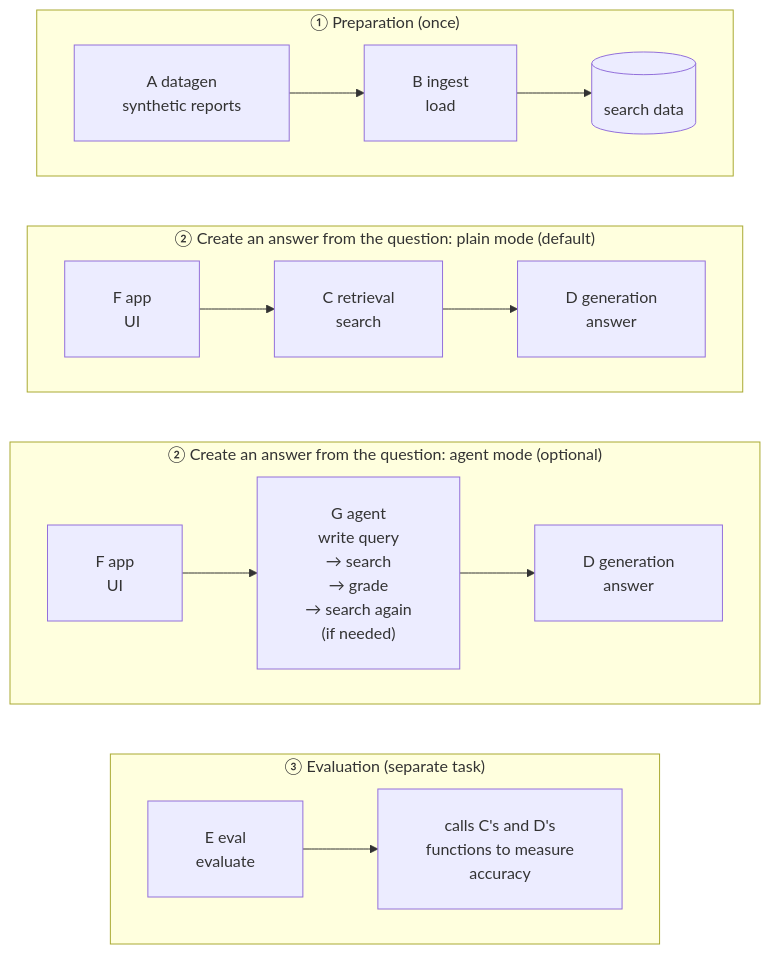
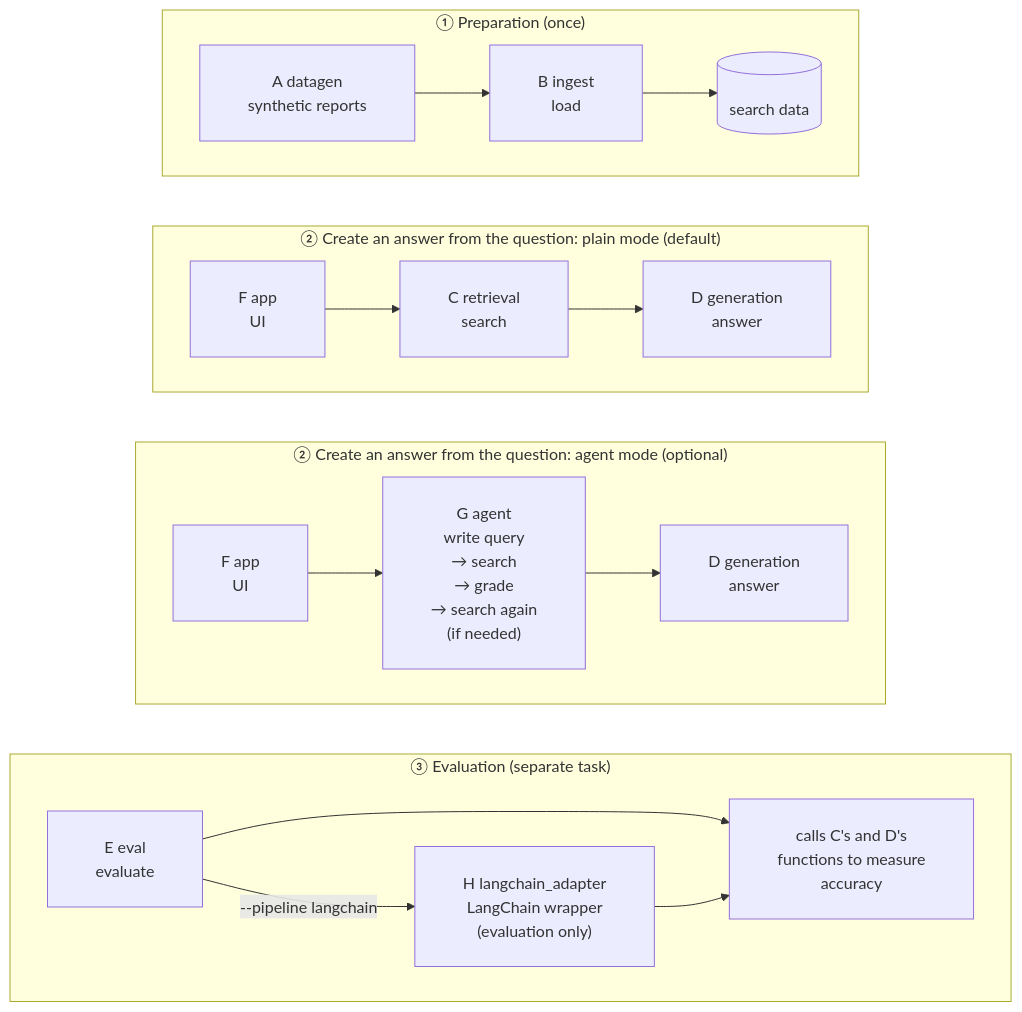
Before and after one commit to satoshi-abe-dev/silo-rag: the first of 3 diagrams in README_en.md, drawn with Mermaid. The commit also changed other lines of this file and 1 other file, not shown here.

First line of the commit message:
Add node H to the architecture diagram

````diff
--- a/README_en.md
+++ b/README_en.md
@@ -137,23 +137,24 @@
 ```mermaid
 %%{init: {"flowchart": {"padding": 24, "wrappingWidth": 400}}}%%
 graph TB
     subgraph prep["① Preparation (once)"]
         direction LR
         A["A datagen<br/>synthetic reports"] --> B["B ingest<br/>load"] --> DB[("search data")]
     end
     subgraph plain["② Create an answer from the question: plain mode (default)"]
         direction LR
         F1["F app<br/>UI"] --> C1["C retrieval<br/>search"] --> D1["D generation<br/>answer"]
     end
     subgraph agent["② Create an answer from the question: agent mode (optional)"]
         direction LR
         F2["F app<br/>UI"] --> G["G agent<br/>write query<br/>→ search<br/>→ grade<br/>→ search again<br/>(if needed)"] --> D2["D generation<br/>answer"]
     end
     subgraph ev["③ Evaluation (separate task)"]
         direction LR
         E["E eval<br/>evaluate"] --> CD["calls C's and D's<br/>functions to measure<br/>accuracy"]
+        E -->|"--pipeline langchain"| H["H langchain_adapter<br/>LangChain wrapper<br/>(evaluation only)"] --> CD
     end
     prep ~~~ plain
     plain ~~~ agent
     agent ~~~ ev
 ```
````
